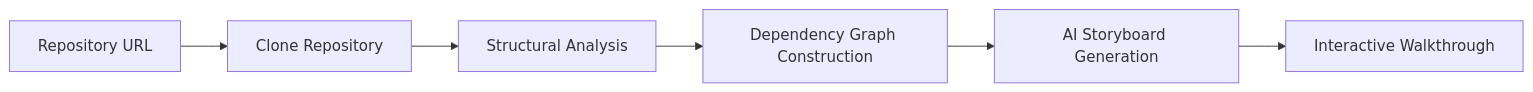
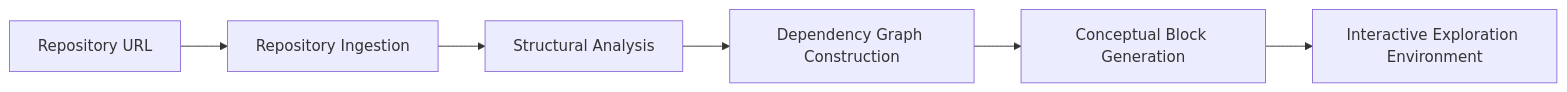
One commit to DudeUnoob/forge changed the diagram in README.md. Above: the diagram before and after it, drawn with Mermaid. The commit also changed other lines of this file, not shown here.

````diff
--- a/README.md
+++ b/README.md
@@ -70,8 +89,8 @@
 ```mermaid
 flowchart LR
-A[Repository URL] --> B[Clone Repository]
+A[Repository URL] --> B[Repository Ingestion]
 B --> C[Structural Analysis]
 C --> D[Dependency Graph Construction]
-D --> E[AI Storyboard Generation]
-E --> F[Interactive Walkthrough]
+D --> E[Conceptual Block Generation]
+E --> F[Interactive Exploration Environment]
 ```
````
